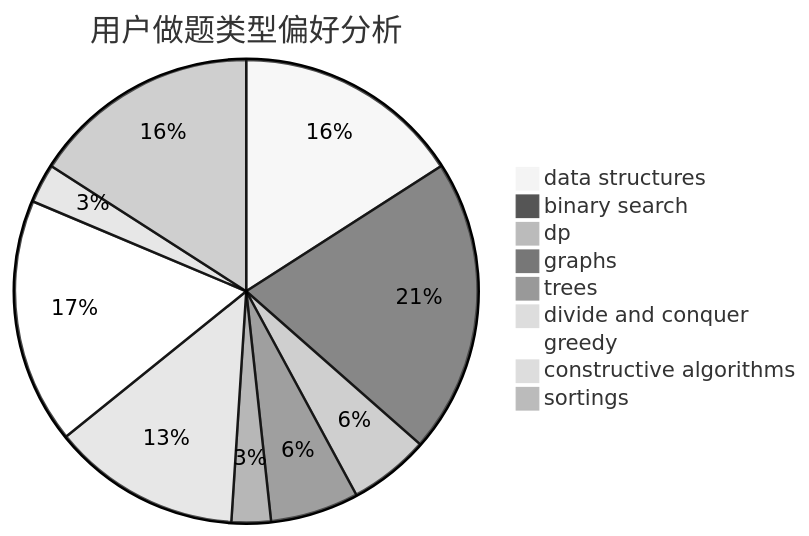
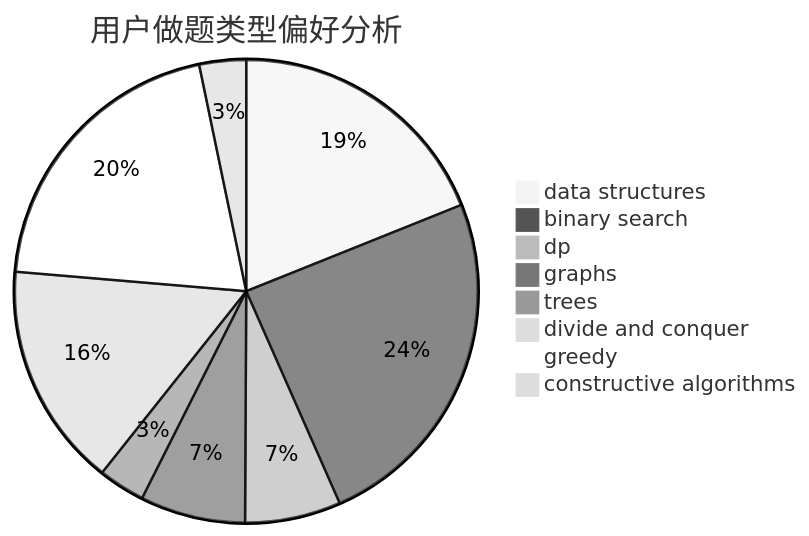
Before and after one commit to sherpahu/cfrs.github.io: the second of 3 diagrams in docs/user/u1906.md, drawn with Mermaid (neutral theme). The commit also changed other lines of this file and 2769 other files, not shown here.

````diff
--- a/docs/user/u1906.md
+++ b/docs/user/u1906.md
@@ -18,12 +18,11 @@
 ```mermaid
 pie title 用户做题类型偏好分析
     "data structures" :  116
     "binary search" :  150
     "dp" :  41
     "graphs" :  45
     "trees" :  20
     "divide and conquer" :  96
     "greedy" :  125
     "constructive algorithms" :  20
-    "sortings" :  116
 ```
````
